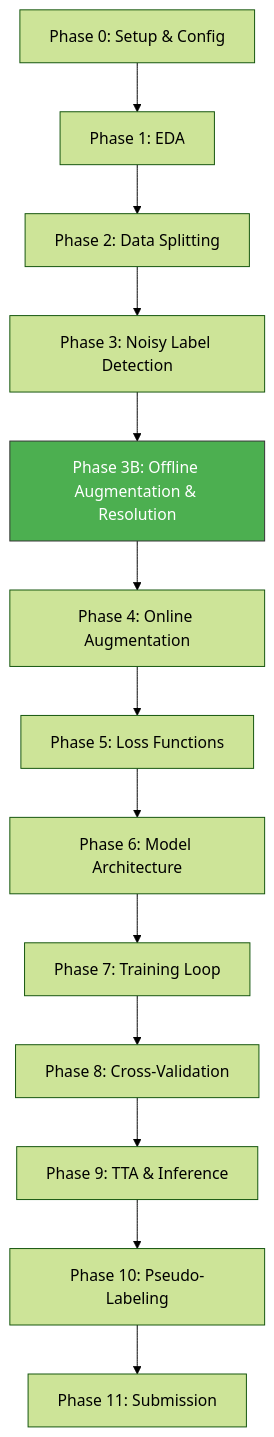
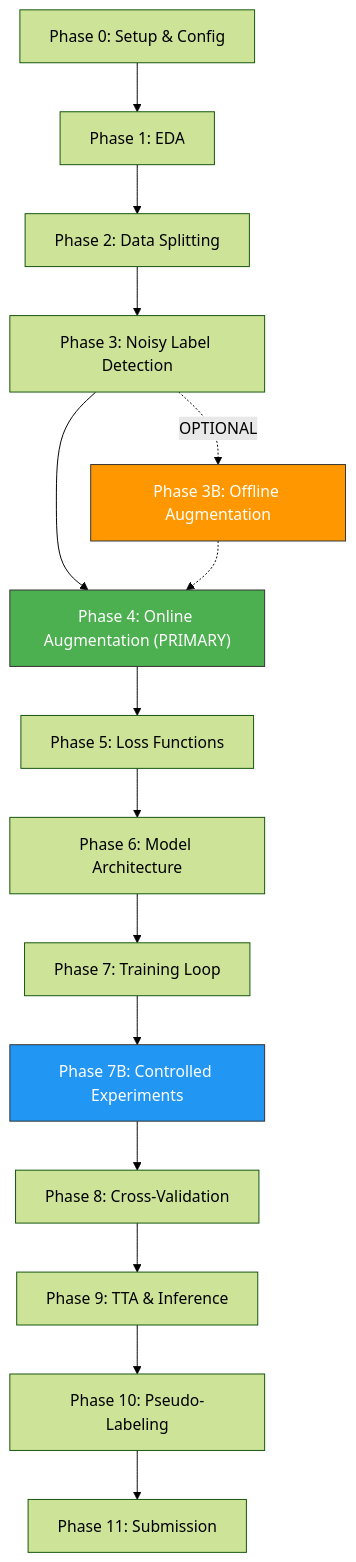
One commit to nadija-smwg/Octwave_image_classification- changed the diagram in implementation/Phase_00_Project_Overview_and_Config.md. Above: the diagram before and after it, drawn with Mermaid (forest theme). The commit also changed other lines of this file and 3 other files, not shown here.

````diff
--- a/implementation/Phase_00_Project_Overview_and_Config.md
+++ b/implementation/Phase_00_Project_Overview_and_Config.md
@@ -275,17 +301,22 @@
 ```mermaid
 graph TD
     P0["Phase 0: Setup & Config"] --> P1["Phase 1: EDA"]
     P1 --> P2["Phase 2: Data Splitting"]
     P2 --> P3["Phase 3: Noisy Label Detection"]
-    P3 --> P3B["Phase 3B: Offline Augmentation & Resolution"]
-    P3B --> P4["Phase 4: Online Augmentation"]
+    P3 --> P4["Phase 4: Online Augmentation (PRIMARY)"]
     P4 --> P5["Phase 5: Loss Functions"]
     P5 --> P6["Phase 6: Model Architecture"]
     P6 --> P7["Phase 7: Training Loop"]
-    P7 --> P8["Phase 8: Cross-Validation"]
+    P7 --> P7B["Phase 7B: Controlled Experiments"]
+    P7B --> P8["Phase 8: Cross-Validation"]
     P8 --> P9["Phase 9: TTA & Inference"]
     P9 --> P10["Phase 10: Pseudo-Labeling"]
     P10 --> P11["Phase 11: Submission"]
 
-    style P3B fill:#4CAF50,stroke:#333,color:#fff
+    P3 -.->|OPTIONAL| P3B["Phase 3B: Offline Augmentation"]
+    P3B -.-> P4
+
+    style P4 fill:#4CAF50,stroke:#333,color:#fff
+    style P7B fill:#2196F3,stroke:#333,color:#fff
+    style P3B fill:#FF9800,stroke:#333,color:#fff
 ```
````
